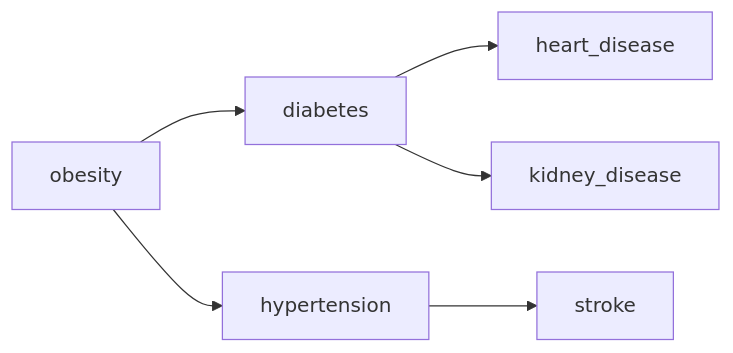
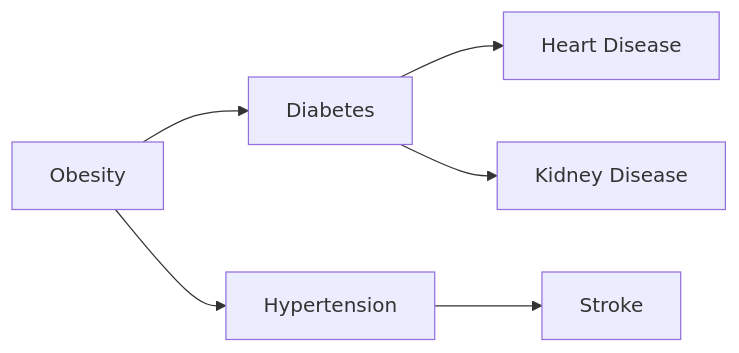
Before and after one commit to Salmaelghefyry/health-graph-ai: the second of 2 diagrams in README.md, drawn with Mermaid. The commit also changed other lines of this file and 7 other files, not shown here.

````diff
--- a/README.md
+++ b/README.md
@@ -69,8 +69,8 @@
 ```mermaid
 graph LR
-  obesity --> diabetes
-  obesity --> hypertension
-  diabetes --> heart_disease
-  hypertension --> stroke
-  diabetes --> kidney_disease
+  obesity["Obesity"] --> diabetes["Diabetes"]
+  obesity["Obesity"] --> hypertension["Hypertension"]
+  diabetes["Diabetes"] --> heart_disease["Heart Disease"]
+  hypertension["Hypertension"] --> stroke["Stroke"]
+  diabetes["Diabetes"] --> kidney_disease["Kidney Disease"]
 ```
````
